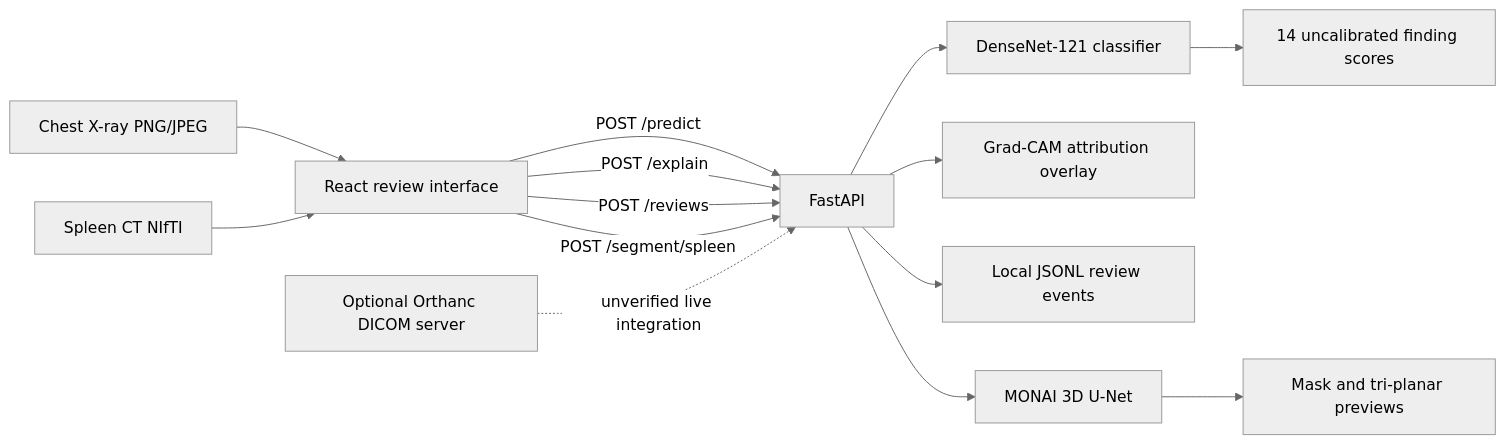
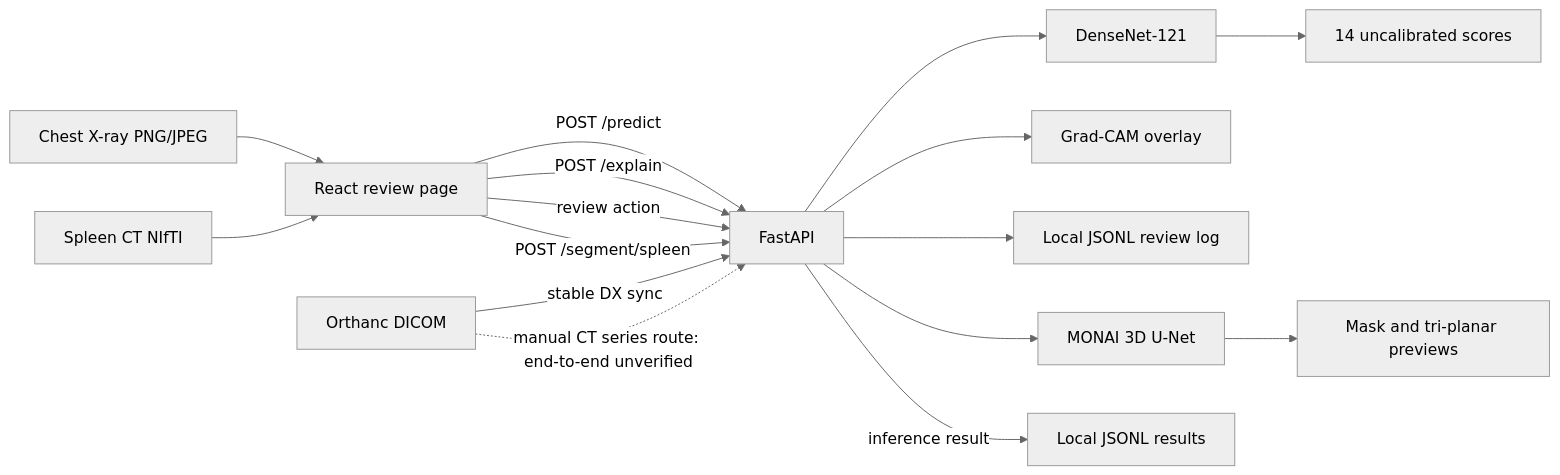
Before and after one commit to ram15x/nexvia-aiml-02-medical-imaging: the diagram in docs/architecture.md, drawn with Mermaid (neutral theme). The commit also changed other lines of this file, not shown here.

Commit message:
Sync system architecture

````diff
--- a/docs/architecture.md
+++ b/docs/architecture.md
@@ -7,16 +7,18 @@
-~~~mermaid
+```mermaid
 flowchart LR
-  X[Chest X-ray PNG/JPEG] --> UI[React review interface]
+  X[Chest X-ray PNG/JPEG] --> UI[React review page]
   UI -->|POST /predict| API[FastAPI]
-  API --> CX[DenseNet-121 classifier]
-  CX --> P[14 uncalibrated finding scores]
+  API --> CX[DenseNet-121]
+  CX --> S[14 uncalibrated scores]
   UI -->|POST /explain| API
-  API --> G[Grad-CAM attribution overlay]
-  UI -->|POST /reviews| API
-  API --> R[Local JSONL review events]
+  API --> G[Grad-CAM overlay]
+  UI -->|review action| API
+  API --> J[Local JSONL review log]
   N[Spleen CT NIfTI] --> UI
   UI -->|POST /segment/spleen| API
   API --> SU[MONAI 3D U-Net]
   SU --> M[Mask and tri-planar previews]
-  O[Optional Orthanc DICOM server] -. unverified live integration .-> API
-~~~
+  O[Orthanc DICOM] -->|stable DX sync| API
+  API -->|inference result| R[Local JSONL results]
+  O -. manual CT series route: end-to-end unverified .-> API
+```
````
